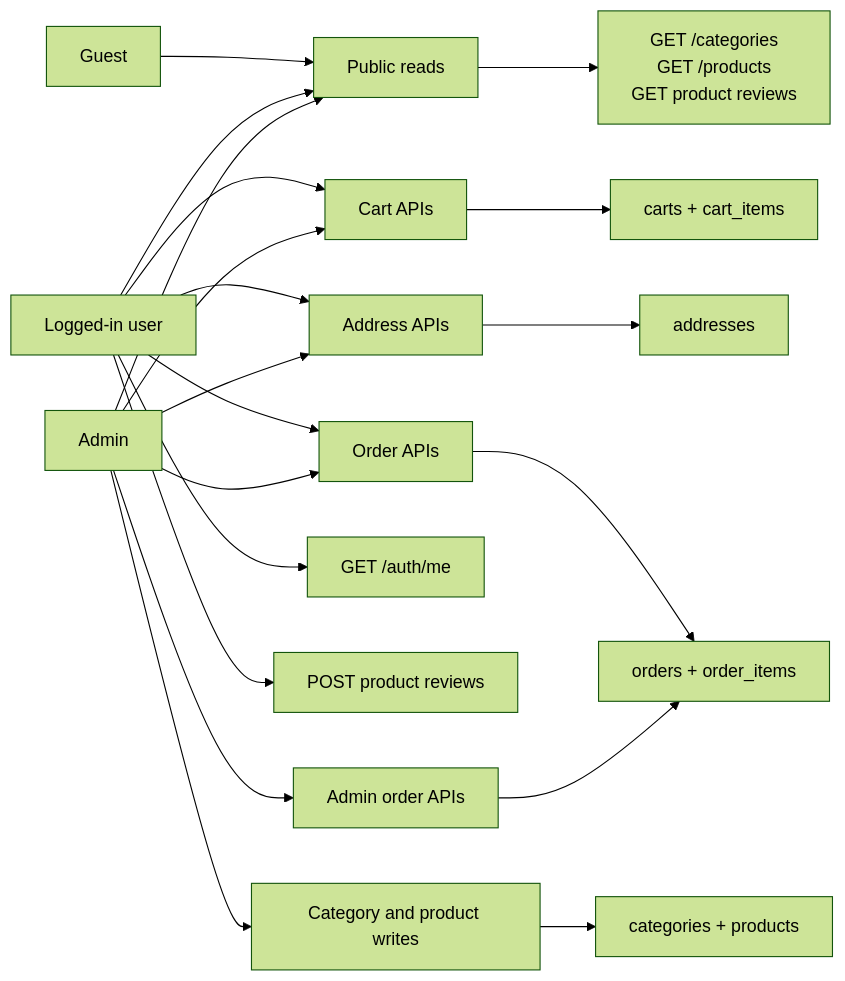
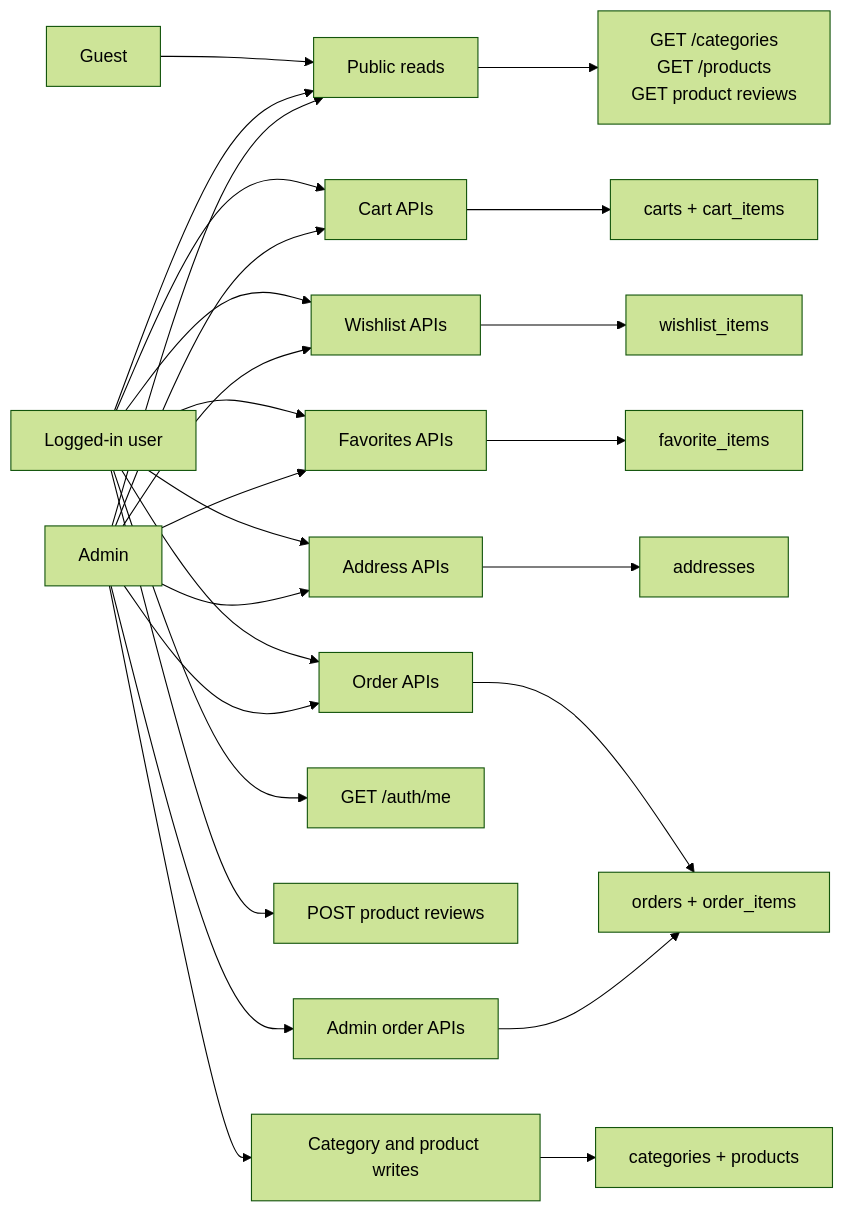
One commit to mahdi-code007/ecommerce-api-typescript changed the sixth of 6 diagrams in README.md. Above: the diagram before and after it, drawn with Mermaid (forest theme). The commit also changed other lines of this file and 16 other files, not shown here.

Commit message:
feat: add wishlist and favorites product lists

````diff
--- a/README.md
+++ b/README.md
@@ -556,23 +599,29 @@
 ```mermaid
 flowchart LR
   Guest["Guest"] --> Public["Public reads"]
   User["Logged-in user"] --> Public
   User --> CartAPI["Cart APIs"]
+  User --> WishlistAPI["Wishlist APIs"]
+  User --> FavoritesAPI["Favorites APIs"]
   User --> AddressAPI["Address APIs"]
   User --> OrderAPI["Order APIs"]
   User --> Me["GET /auth/me"]
   User --> Reviews["POST product reviews"]
   Admin["Admin"] --> Public
   Admin --> CartAPI
+  Admin --> WishlistAPI
+  Admin --> FavoritesAPI
   Admin --> AddressAPI
   Admin --> OrderAPI
   Admin --> AdminOrders["Admin order APIs"]
   Admin --> Writes["Category and product writes"]
 
   Public --> Catalog["GET /categories<br/>GET /products<br/>GET product reviews"]
   CartAPI --> CartTables["carts + cart_items"]
+  WishlistAPI --> WishlistTable["wishlist_items"]
+  FavoritesAPI --> FavoritesTable["favorite_items"]
   AddressAPI --> AddressTable["addresses"]
   OrderAPI --> OrderTables["orders + order_items"]
   AdminOrders --> OrderTables
   Writes --> CatalogTables["categories + products"]
 ```
````
